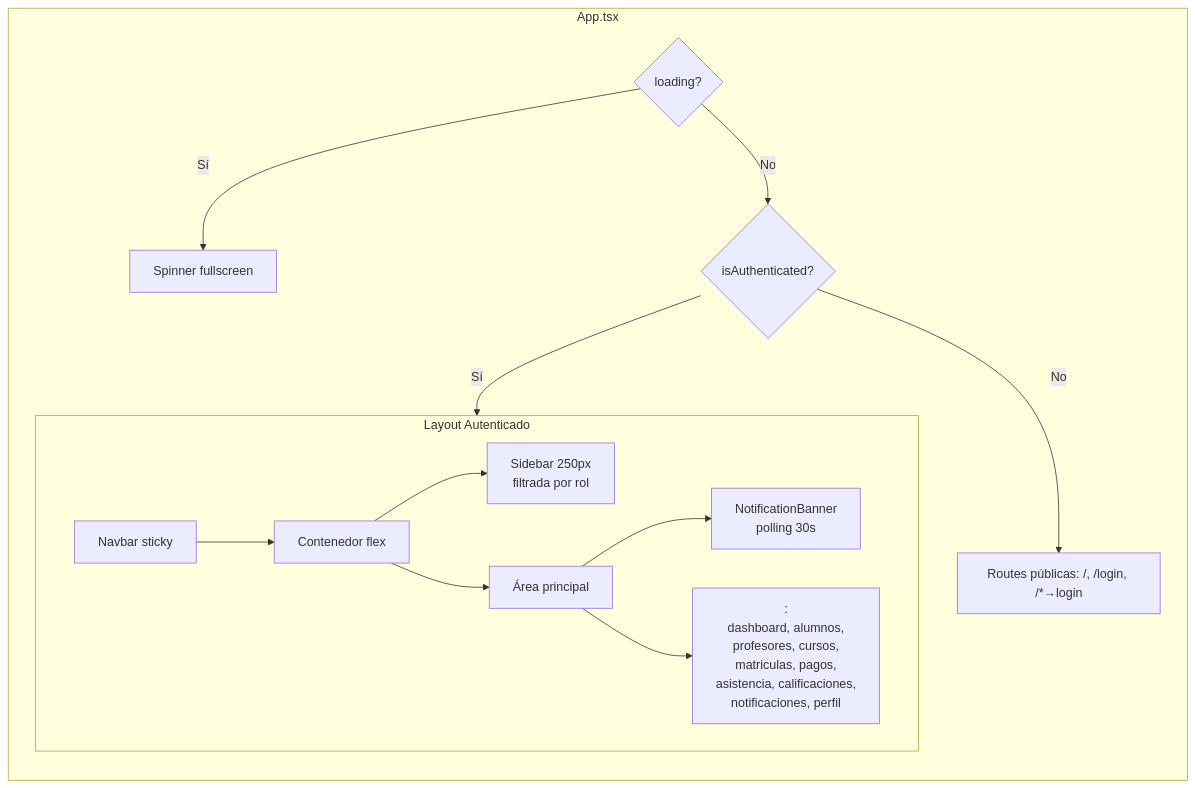
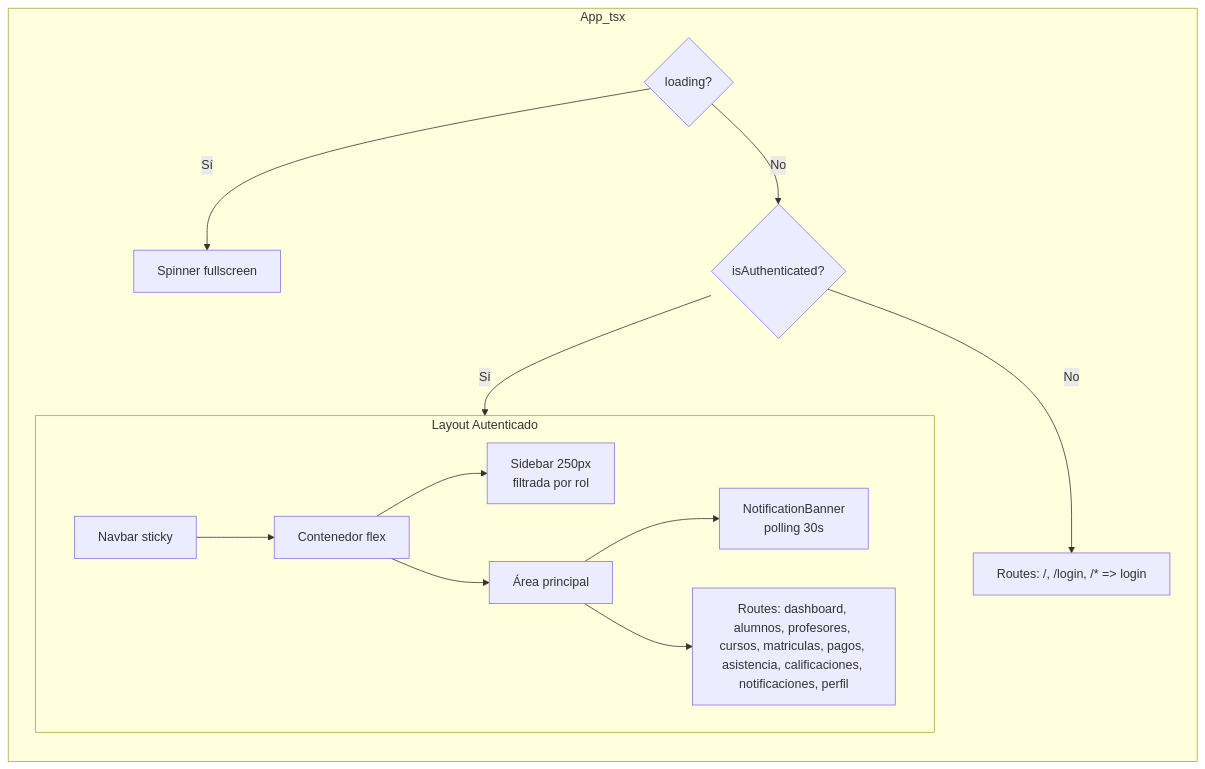
One commit to EdwardAR/SOA changed the seventh of 8 diagrams in README.md. Above: the diagram before and after it, drawn with Mermaid. The commit also changed other lines of this file, not shown here.

````diff
--- a/README.md
+++ b/README.md
@@ -1740,23 +1740,23 @@
 ```mermaid
 graph TD
-    subgraph "App.tsx"
+    subgraph App_tsx
         direction TB
-        LOADING{loading?} -->|Sí| SPINNER[Spinner fullscreen]
-        LOADING -->|No| AUTH{isAuthenticated?}
-        AUTH -->|No| PUBLIC[Routes públicas: /, /login, /*→login]
+        LOADING{"loading?"} -->|Sí| SPINNER["Spinner fullscreen"]
+        LOADING -->|No| AUTH{"isAuthenticated?"}
+        AUTH -->|No| PUBLIC["Routes: /, /login, /* => login"]
         AUTH -->|Sí| PRIVATE
-        subgraph PRIVATE[Layout Autenticado]
-            NAV[Navbar sticky]
-            CONTENT[Contenedor flex]
-            SIDE[Sidebar 250px<br/>filtrada por rol]
-            RIGHT[Área principal]
-            BANNER[NotificationBanner<br/>polling 30s]
-            ROUTES[<Routes>:<br/>dashboard, alumnos,<br/>profesores, cursos,<br/>matriculas, pagos,<br/>asistencia, calificaciones,<br/>notificaciones, perfil]
+        subgraph PRIVATE["Layout Autenticado"]
+            NAV["Navbar sticky"]
+            CONTENT["Contenedor flex"]
+            SIDE["Sidebar 250px<br/>filtrada por rol"]
+            RIGHT["Área principal"]
+            BANNER["NotificationBanner<br/>polling 30s"]
+            ROUTES["Routes: dashboard, alumnos, profesores, cursos, matriculas, pagos, asistencia, calificaciones, notificaciones, perfil"]
         end
         NAV --> CONTENT
         CONTENT --> SIDE
         CONTENT --> RIGHT
         RIGHT --> BANNER
         RIGHT --> ROUTES
     end
 ```
````
